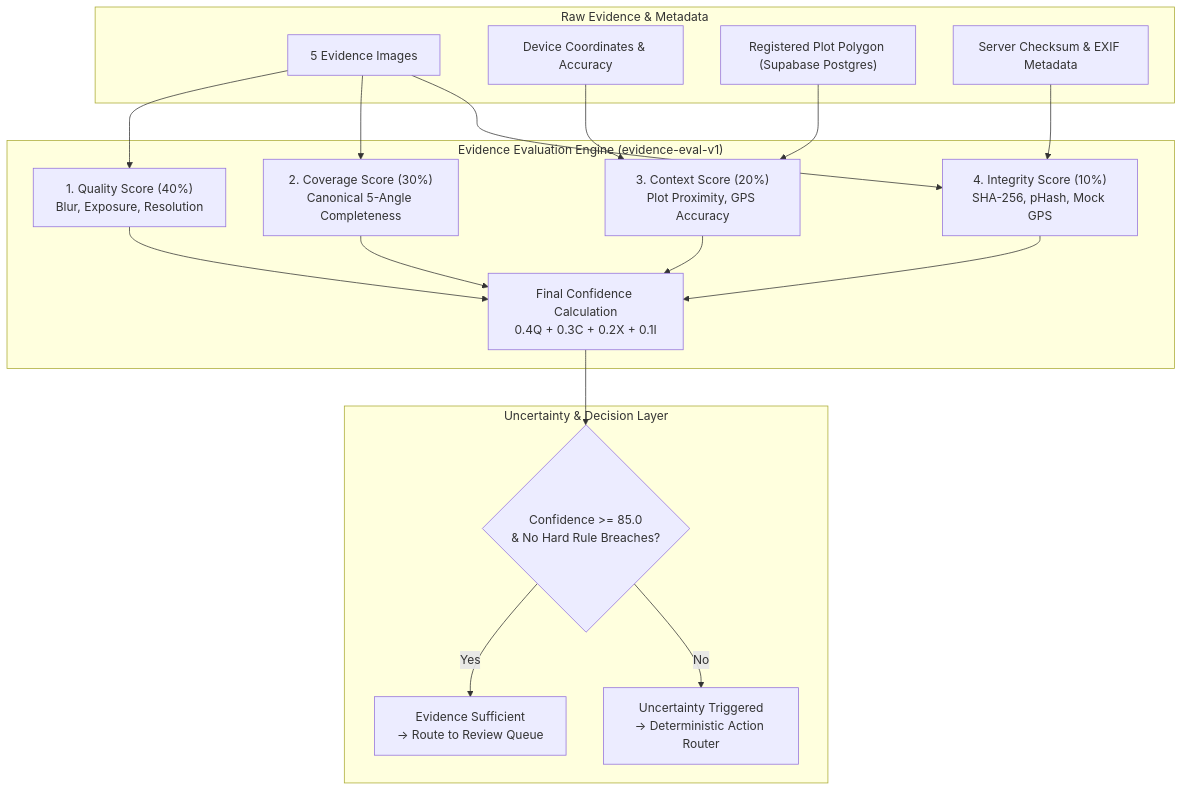
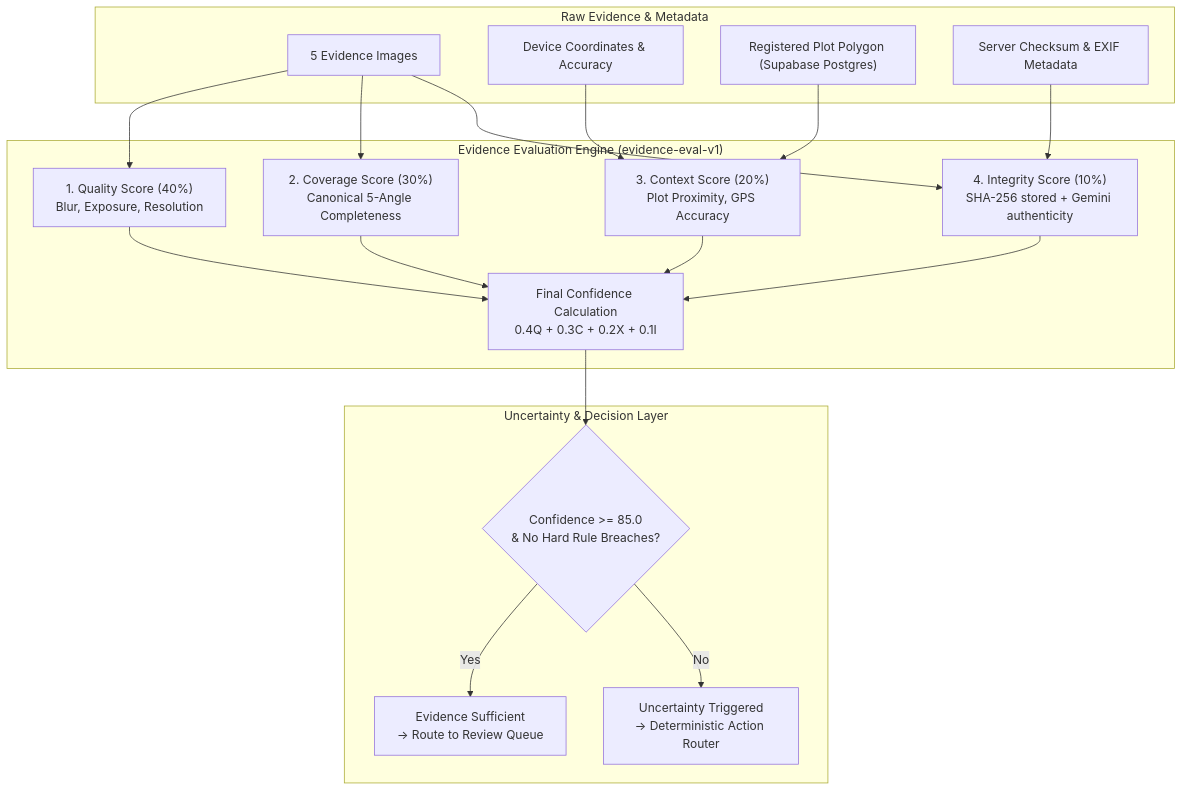
One commit to dhrrishitvdeka/Fasal-Pramaan changed the first of 2 diagrams in docs/evidence-evaluation.md. Above: the diagram before and after it, drawn with Mermaid. The commit also changed other lines of this file and 62 other files, not shown here.

````diff
--- a/docs/evidence-evaluation.md
+++ b/docs/evidence-evaluation.md
@@ -30,40 +30,40 @@
 ```mermaid
 flowchart TD
   subgraph Input["Raw Evidence & Metadata"]
     Images["5 Evidence Images"]
     GPS["Device Coordinates & Accuracy"]
     Plot["Registered Plot Polygon (Supabase Postgres)"]
     Meta["Server Checksum & EXIF Metadata"]
   end
 
   subgraph Engine["Evidence Evaluation Engine (evidence-eval-v1)"]
     Q["1. Quality Score (40%)\nBlur, Exposure, Resolution"]
     C["2. Coverage Score (30%)\nCanonical 5-Angle Completeness"]
     X["3. Context Score (20%)\nPlot Proximity, GPS Accuracy"]
-    I["4. Integrity Score (10%)\nSHA-256, pHash, Mock GPS"]
+    I["4. Integrity Score (10%)\nSHA-256 stored + Gemini authenticity"]
     
     Formula["Final Confidence Calculation\n0.4Q + 0.3C + 0.2X + 0.1I"]
     
     Q --> Formula
     C --> Formula
     X --> Formula
     I --> Formula
   end
 
   subgraph Decision["Uncertainty & Decision Layer"]
     Threshold{"Confidence >= 85.0\n& No Hard Rule Breaches?"}
     Pass["Evidence Sufficient\n-> Route to Review Queue"]
     Fail["Uncertainty Triggered\n-> Deterministic Action Router"]
     
     Formula --> Threshold
     Threshold -->|"Yes"| Pass
     Threshold -->|"No"| Fail
   end
 
   Images --> Q
   Images --> C
   GPS --> X
   Plot --> X
   Meta --> I
   Images --> I
 ```
````
